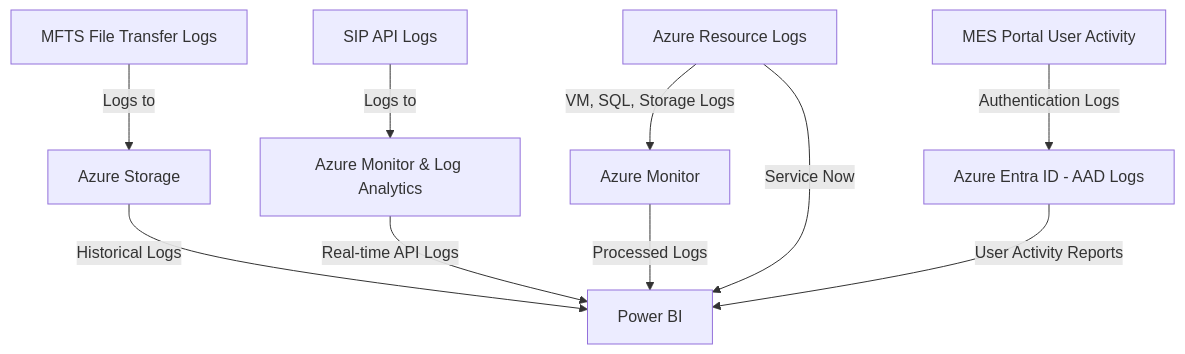
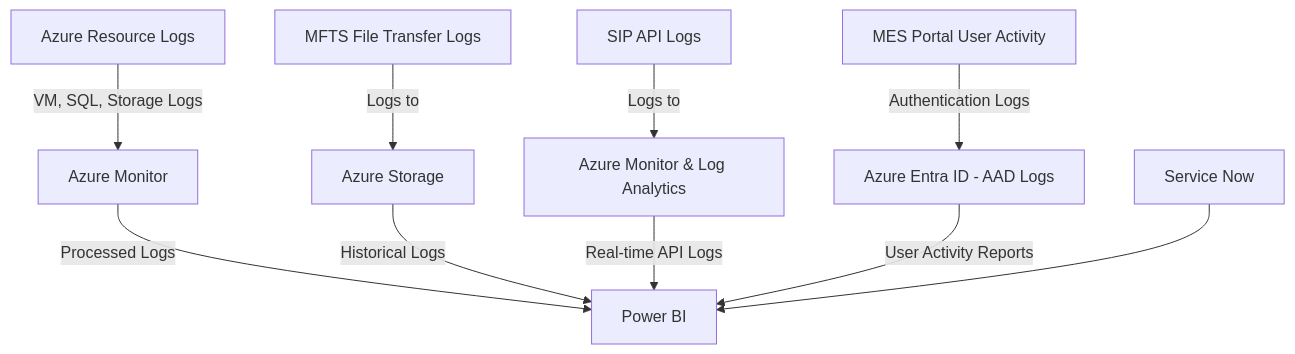
One commit to oigbokwe73/Powerbi-Reporting changed the second of 4 diagrams in README.md. Above: the diagram before and after it, drawn with Mermaid.

````diff
--- a/README.md
+++ b/README.md
@@ -192,12 +192,12 @@
 ```mermaid
-graph TD
-    A[MFTS File Transfer Logs] -->|Logs to| B[Azure Storage]
-    C[SIP API Logs] -->|Logs to| D[Azure Monitor & Log Analytics]
-    E[MES Portal User Activity] -->|Authentication Logs| F[Azure Entra ID - AAD Logs]
-    G[Azure Resource Logs] -->|VM, SQL, Storage Logs| H[Azure Monitor]
-    H -->|Processed Logs| I[Power BI]
-    B -->|Historical Logs| I
-    D -->|Real-time API Logs| I
-    F -->|User Activity Reports| I
-    G -->|Service Now| I
+flowchart TD
+    A["MFTS File Transfer Logs"] -- Logs to --> B["Azure Storage"]
+    C["SIP API Logs"] -- Logs to --> D["Azure Monitor & Log Analytics"]
+    E["MES Portal User Activity"] -- Authentication Logs --> F["Azure Entra ID - AAD Logs"]
+    G["Azure Resource Logs"] -- VM, SQL, Storage Logs --> H["Azure Monitor"]
+    H -- Processed Logs --> I["Power BI"]
+    B -- Historical Logs --> I
+    D -- "Real-time API Logs" --> I
+    F -- User Activity Reports --> I
+    n1["Service Now"] --> I
 ```
````
